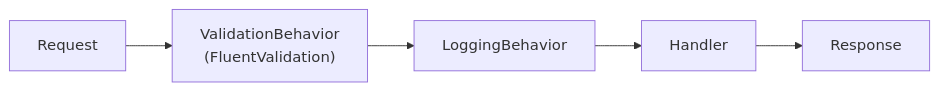
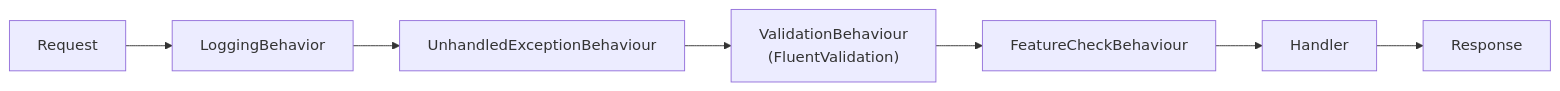
Before and after one commit to suxrobGM/logistics-app: the third of 3 diagrams in docs/architecture/overview.md, drawn with Mermaid. The commit also changed other lines of this file and 3 other files, not shown here.

````diff
--- a/docs/architecture/overview.md
+++ b/docs/architecture/overview.md
@@ -181,7 +183,9 @@
 ```mermaid
 flowchart LR
-    Req["Request"] --> V["ValidationBehavior<br/>(FluentValidation)"]
-    V --> L["LoggingBehavior"]
-    L --> H["Handler"]
+    Req["Request"] --> Lg["LoggingBehavior"]
+    Lg --> Ex["UnhandledExceptionBehaviour"]
+    Ex --> V["ValidationBehaviour<br/>(FluentValidation)"]
+    V --> F["FeatureCheckBehaviour"]
+    F --> H["Handler"]
     H --> Resp["Response"]
 ```
````
